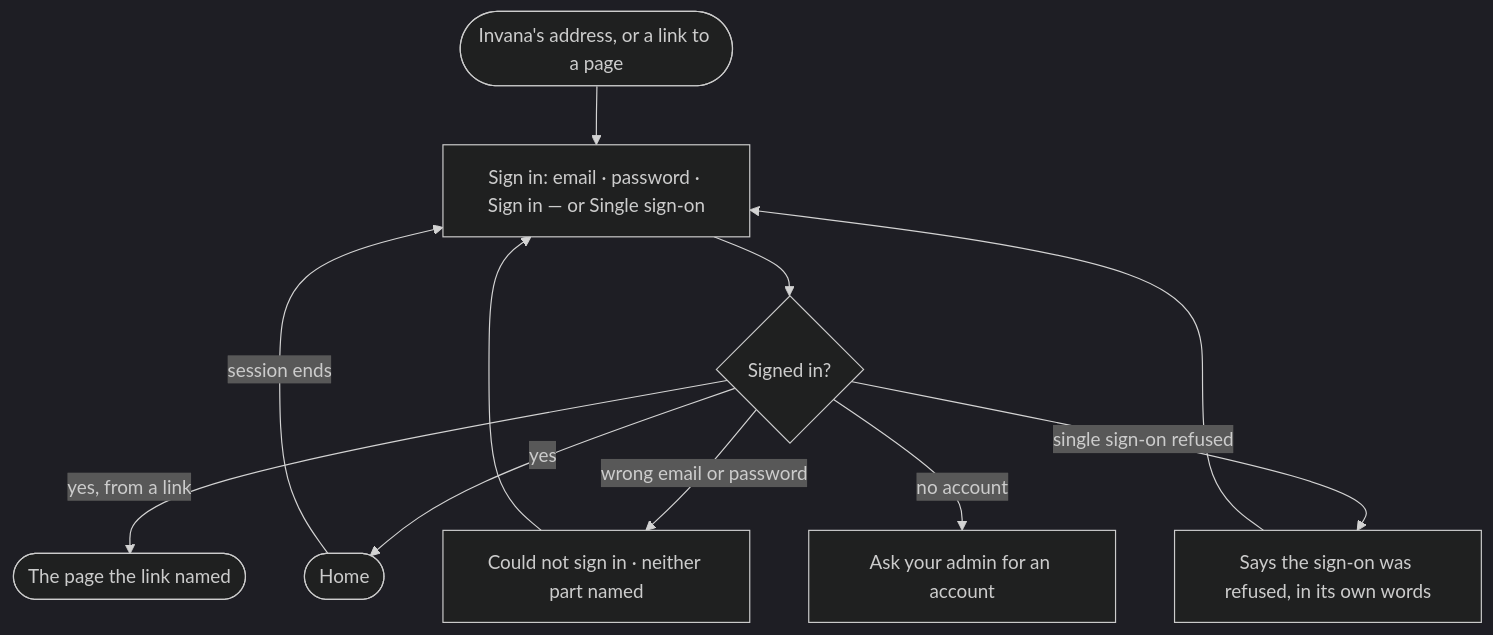
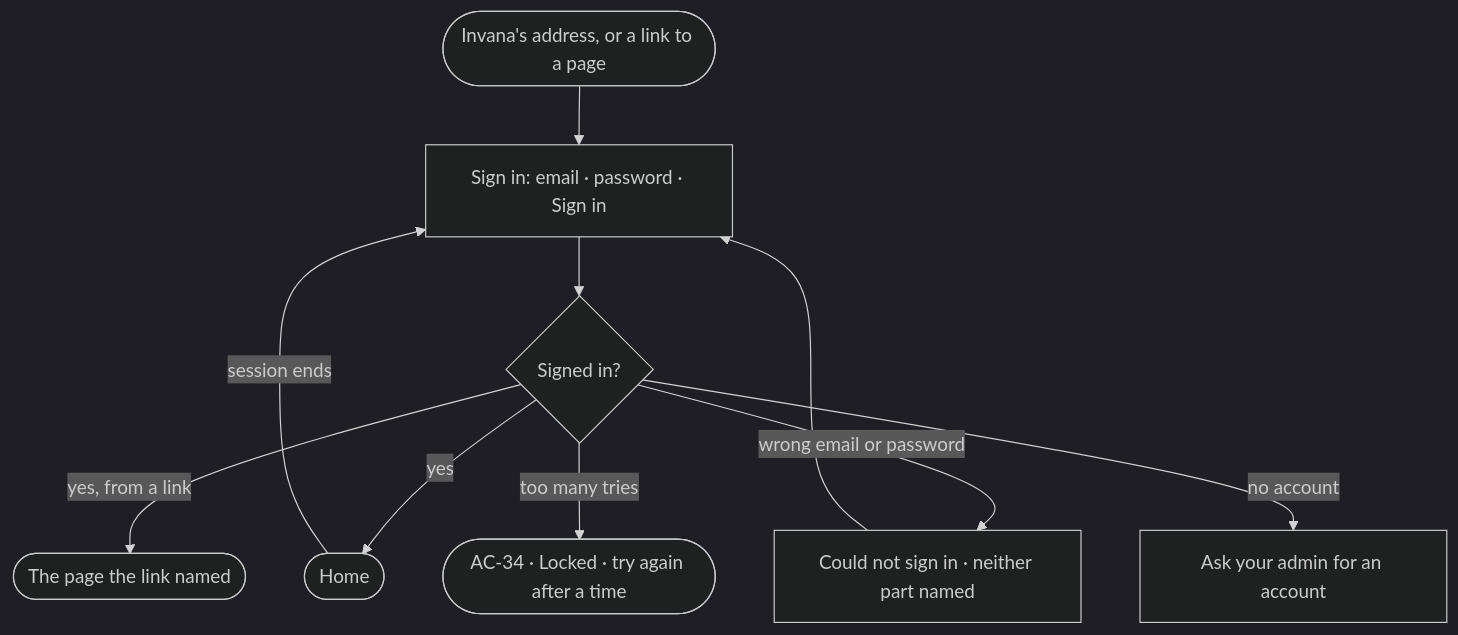
The diagram in specs/os/access/features/AC-F01-sign-in-account-and-sessions/stories/AC-01-sign-in/story.md (invana/invana), drawn with Mermaid (dark theme) before and after one commit. The commit also changed other lines of this file and 522 other files, not shown here.

````diff
--- a/specs/os/access/features/AC-F01-sign-in-account-and-sessions/stories/AC-01-sign-in/story.md
+++ b/specs/os/access/features/AC-F01-sign-in-account-and-sessions/stories/AC-01-sign-in/story.md
@@ -26,11 +26,11 @@
 ```mermaid
 flowchart TD
-  a([Invana's address, or a link to a page]) --> c["Sign in: email · password · Sign in — or Single sign-on"]
+  a([Invana's address, or a link to a page]) --> c["Sign in: email · password · Sign in"]
   c --> t{"Signed in?"}
   t -->|yes, from a link| p(["The page the link named"])
   t -->|yes| h(["Home"])
   t -->|wrong email or password| f["Could not sign in · neither part named"] --> c
-  t -->|single sign-on refused| sf["Says the sign-on was refused, in its own words"] --> c
+  t -->|too many tries| l(["AC-34 · Locked · try again after a time"])
   t -->|no account| na["Ask your admin for an account"]
   h -->|session ends| c
 ```
````
